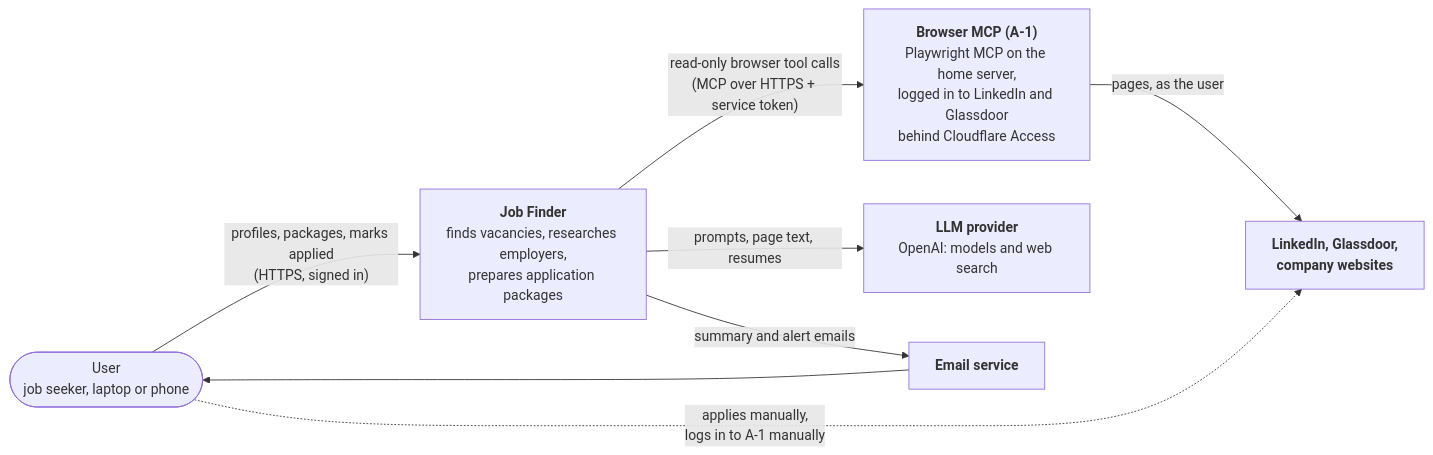
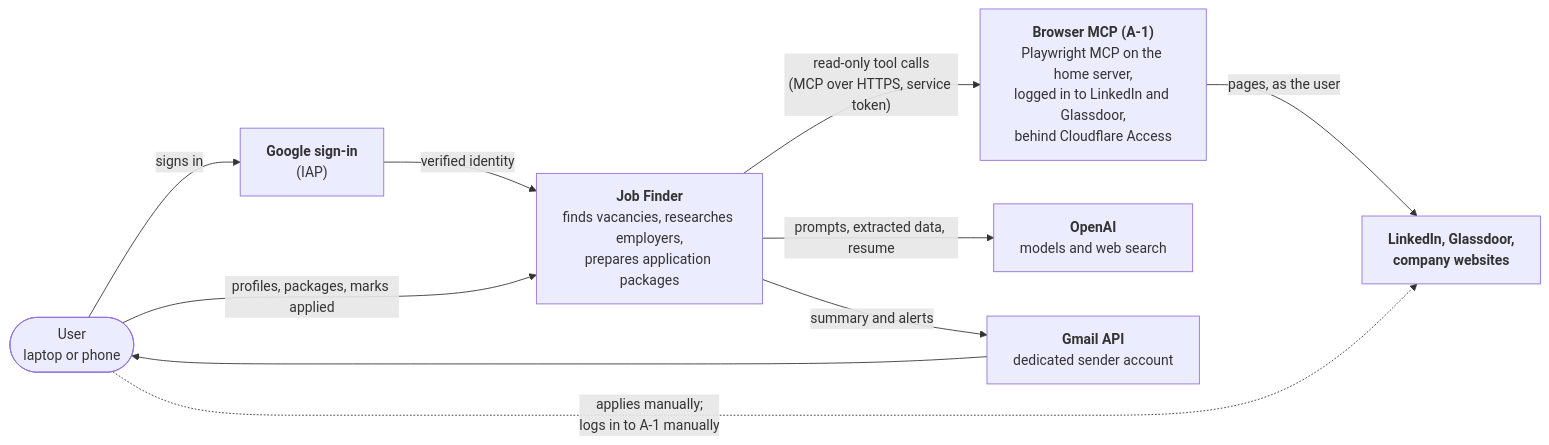
The first of 5 diagrams in docs/architecture.md (ArtemenkoAndrii/job-assistant), drawn with Mermaid before and after one commit. The commit also changed other lines of this file and 2 other files, not shown here.

First line of the commit message:
Architecture v1: consolidate ADR-0004 to ADR-0011 (#65)

````diff
--- a/docs/architecture.md
+++ b/docs/architecture.md
@@ -14,17 +14,20 @@
 ```mermaid
 flowchart LR
-    user(["User<br/>job seeker, laptop or phone"])
+    user(["User<br/>laptop or phone"])
     jf["<b>Job Finder</b><br/>finds vacancies, researches employers,<br/>prepares application packages"]
-    a1["<b>Browser MCP (A-1)</b><br/>Playwright MCP on the home server,<br/>logged in to LinkedIn and Glassdoor<br/>behind Cloudflare Access"]
+    google["<b>Google sign-in</b><br/>(IAP)"]
+    a1["<b>Browser MCP (A-1)</b><br/>Playwright MCP on the home server,<br/>logged in to LinkedIn and Glassdoor,<br/>behind Cloudflare Access"]
     boards["<b>LinkedIn, Glassdoor,<br/>company websites</b>"]
-    llm["<b>LLM provider</b><br/>OpenAI: models and web search"]
-    mail["<b>Email service</b>"]
+    llm["<b>OpenAI</b><br/>models and web search"]
+    gmail["<b>Gmail API</b><br/>dedicated sender account"]
 
-    user -- "profiles, packages, marks applied<br/>(HTTPS, signed in)" --> jf
-    jf -- "summary and alert emails" --> mail
-    mail --> user
-    jf -- "read-only browser tool calls<br/>(MCP over HTTPS + service token)" --> a1
+    user -- "signs in" --> google
+    google -- "verified identity" --> jf
+    user -- "profiles, packages, marks applied" --> jf
+    jf -- "read-only tool calls<br/>(MCP over HTTPS, service token)" --> a1
     a1 -- "pages, as the user" --> boards
-    jf -- "prompts, page text, resumes" --> llm
-    user -. "applies manually,<br/>logs in to A-1 manually" .-> boards
+    jf -- "prompts, extracted data, resume" --> llm
+    jf -- "summary and alerts" --> gmail
+    gmail --> user
+    user -. "applies manually;<br/>logs in to A-1 manually" .-> boards
 ```
````
